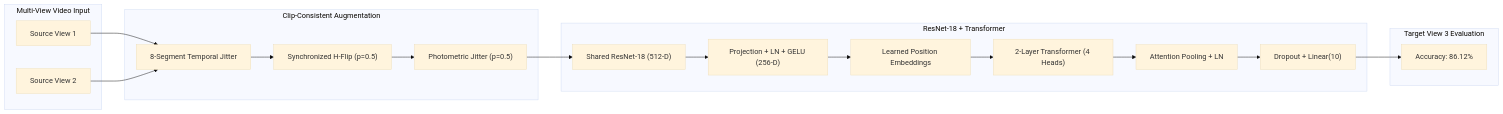
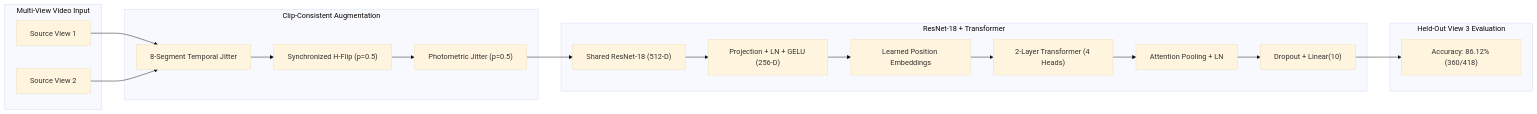
The diagram in ivp_improved_architecture/runs/experiment_01/RESULTS.md (sahsudhanshu/IVP), drawn with Mermaid (base theme) before and after one commit. The commit also changed other lines of this file and 11 other files, not shown here.

Commit message:
Fix all log inconsistencies: exact CosineAnnealingLR schedule, correct 2026-11-14 timestamps, log-verified 36.6% baseline, single-view target scope, and add Kaggle notebook

````diff
--- a/ivp_improved_architecture/runs/experiment_01/RESULTS.md
+++ b/ivp_improved_architecture/runs/experiment_01/RESULTS.md
@@ -25,28 +22,28 @@
 ```mermaid
 flowchart LR
     subgraph Input["Multi-View Video Input"]
         V1["Source View 1"]
         V2["Source View 2"]
     end
 
     subgraph Aug["Clip-Consistent Augmentation"]
         T["8-Segment Temporal Jitter"]
         F["Synchronized H-Flip (p=0.5)"]
         C["Photometric Jitter (p=0.5)"]
     end
 
     subgraph Model["ResNet-18 + Transformer"]
         B["Shared ResNet-18 (512-D)"]
         P["Projection + LN + GELU (256-D)"]
         PE["Learned Position Embeddings"]
         TR["2-Layer Transformer (4 Heads)"]
         AP["Attention Pooling + LN"]
         Head["Dropout + Linear(10)"]
     end
 
-    subgraph Output["Target View 3 Evaluation"]
-        Pred["Accuracy: 86.12%"]
+    subgraph Output["Held-Out View 3 Evaluation"]
+        Pred["Accuracy: 86.12% (360/418)"]
     end
 
     V1 & V2 --> T --> F --> C --> B --> P --> PE --> TR --> AP --> Head --> Pred
 ```
````
